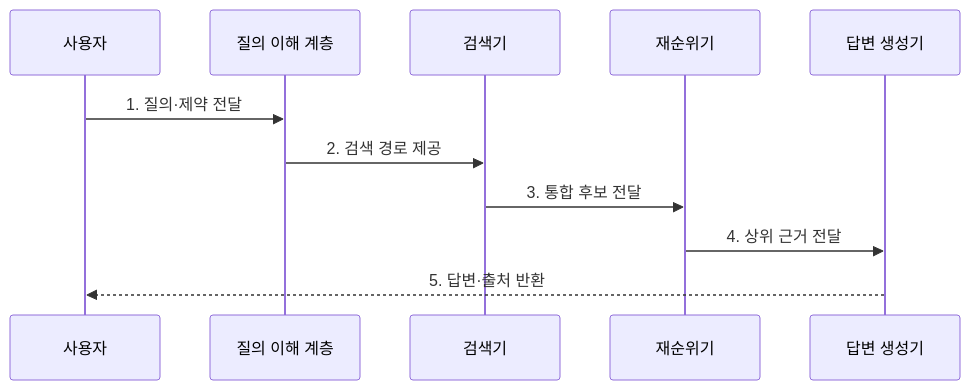
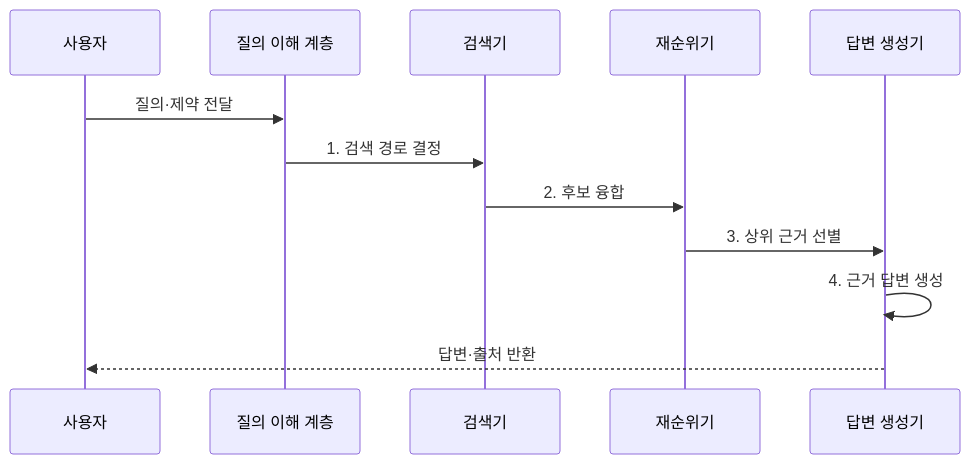
Before and after one commit to agnusdei1207/knowledge-base: the second of 2 diagrams in src/content/docs/notes/08-latest-tech/086_ai_search.md, drawn with Mermaid. The commit also changed other lines of this file and 225 other files, not shown here.

````diff
--- a/src/content/docs/notes/08-latest-tech/086_ai_search.md
+++ b/src/content/docs/notes/08-latest-tech/086_ai_search.md
@@ -79,13 +79,14 @@
 ```mermaid
 sequenceDiagram
     participant U as 사용자
     participant Q as 질의 이해 계층
     participant S as 검색기
     participant R as 재순위기
     participant G as 답변 생성기
-    U->>Q: 1. 질의·제약 전달
-    Q->>S: 2. 검색 경로 제공
-    S->>R: 3. 통합 후보 전달
-    R->>G: 4. 상위 근거 전달
-    G-->>U: 5. 답변·출처 반환
+    U->>Q: 질의·제약 전달
+    Q->>S: 1. 검색 경로 결정
+    S->>R: 2. 후보 융합
+    R->>G: 3. 상위 근거 선별
+    G->>G: 4. 근거 답변 생성
+    G-->>U: 답변·출처 반환
 ```
````
